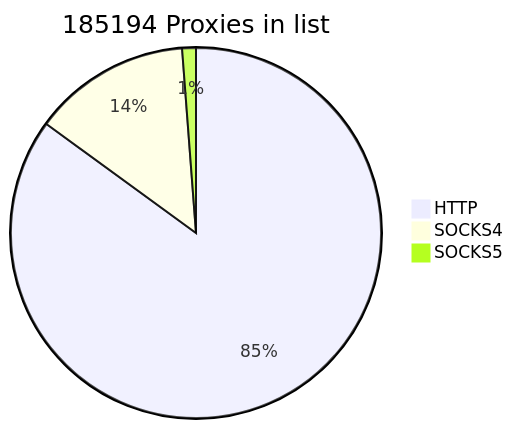
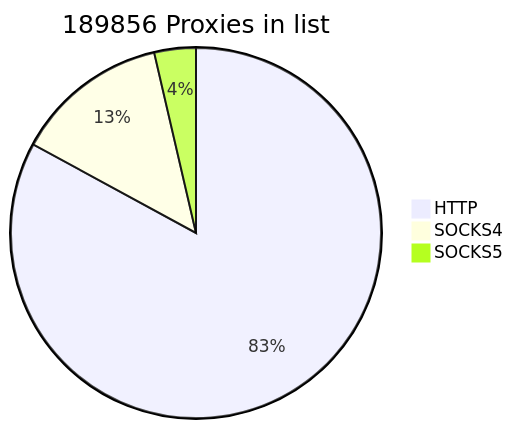
Before and after one commit to cutipu/proxylist: the first of 2 diagrams in README.md, drawn with Mermaid. The commit also changed other lines of this file, not shown here.

````diff
--- a/README.md
+++ b/README.md
@@ -2,7 +2,7 @@
 ```mermaid
-pie title 185194 Proxies in list
-    "HTTP" : 157456
-    "SOCKS4" : 25513
-    "SOCKS5" : 2225
+pie title 189856 Proxies in list
+    "HTTP" : 157457
+    "SOCKS4" : 25511
+    "SOCKS5" : 6888
             
 ```
````
